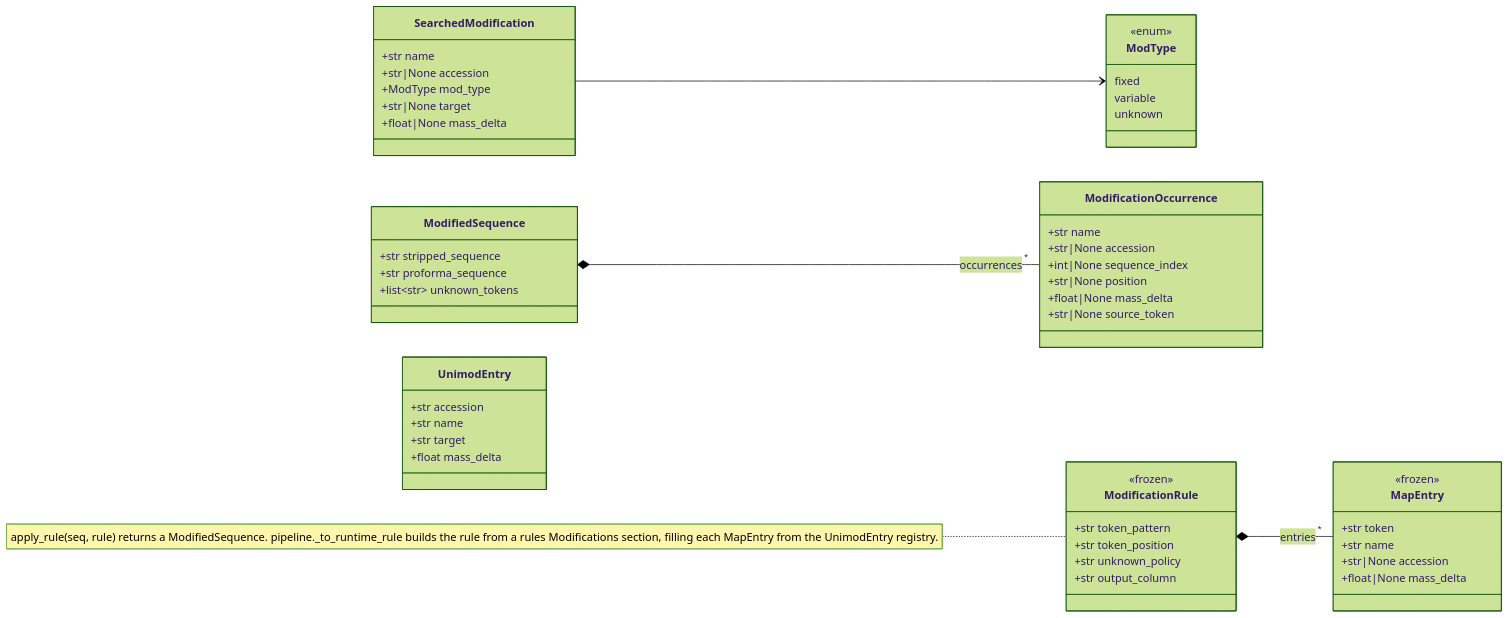
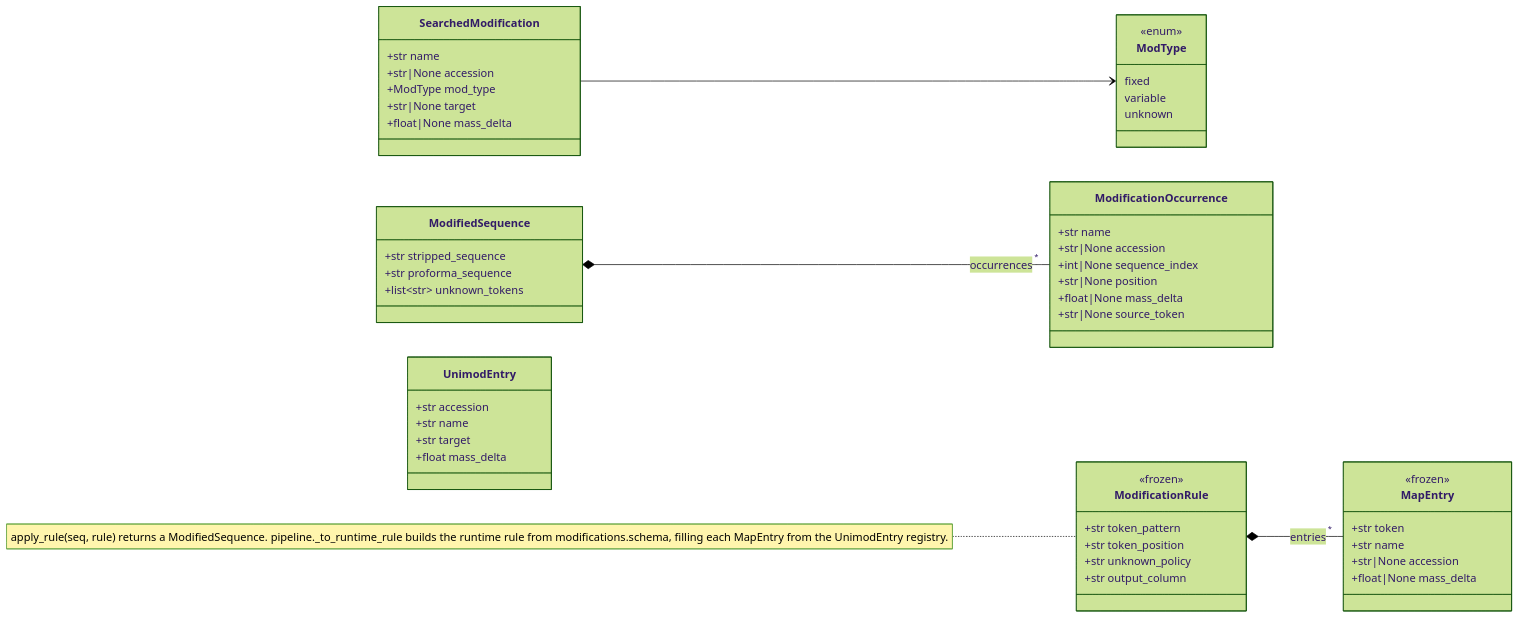
Before and after one commit to anndata-omics-bridge/anndata-proteomics-bridge: the third of 8 diagrams in docs/parsing_architecture.md, drawn with Mermaid (forest theme). The commit also changed other lines of this file and 81 other files, not shown here.

````diff
--- a/docs/parsing_architecture.md
+++ b/docs/parsing_architecture.md
@@ -131,54 +136,54 @@
 ```mermaid
 classDiagram
     direction LR
     class ModType {
         <<enum>>
         fixed
         variable
         unknown
     }
     class SearchedModification {
         +str name
         +str|None accession
         +ModType mod_type
         +str|None target
         +float|None mass_delta
     }
     class ModificationOccurrence {
         +str name
         +str|None accession
         +int|None sequence_index
         +str|None position
         +float|None mass_delta
         +str|None source_token
     }
     class ModifiedSequence {
         +str stripped_sequence
         +str proforma_sequence
         +list~str~ unknown_tokens
     }
     class MapEntry {
         <<frozen>>
         +str token
         +str name
         +str|None accession
         +float|None mass_delta
     }
     class ModificationRule {
         <<frozen>>
         +str token_pattern
         +str token_position
         +str unknown_policy
         +str output_column
     }
     class UnimodEntry {
         +str accession
         +str name
         +str target
         +float mass_delta
     }
     SearchedModification --> ModType
     ModifiedSequence *-- "*" ModificationOccurrence : occurrences
     ModificationRule *-- "*" MapEntry : entries
-    note for ModificationRule "apply_rule(seq, rule) returns a ModifiedSequence. pipeline._to_runtime_rule builds the rule from a rules Modifications section, filling each MapEntry from the UnimodEntry registry."
+    note for ModificationRule "apply_rule(seq, rule) returns a ModifiedSequence. pipeline._to_runtime_rule builds the runtime rule from modifications.schema, filling each MapEntry from the UnimodEntry registry."
 ```
````
